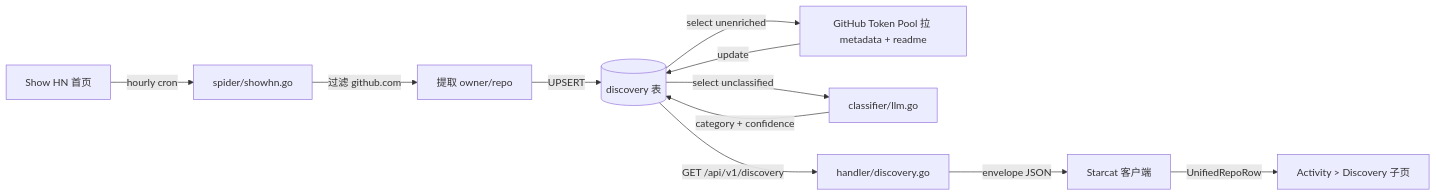
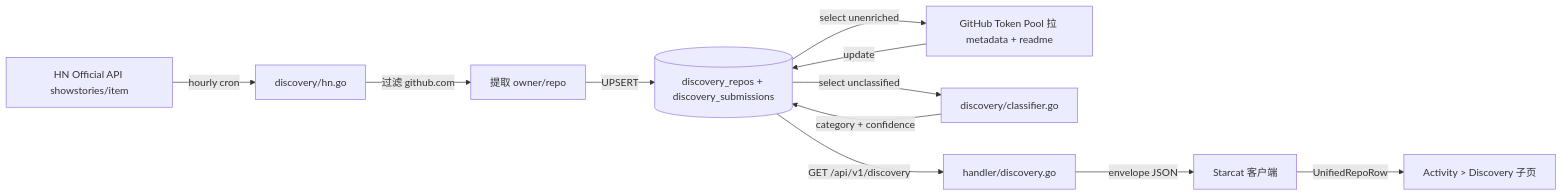
Before and after one commit to starcat-app/Starcat: the diagram in docs/详细设计/21-AI-Discovery-Show-HN-设计.md, drawn with Mermaid. The commit also changed other lines of this file and 1 other file, not shown here.

First line of the commit message:
docs: 更新 AI Discovery 设计文档与工程进度记录

````diff
--- a/docs/详细设计/21-AI-Discovery-Show-HN-设计.md
+++ b/docs/详细设计/21-AI-Discovery-Show-HN-设计.md
@@ -66,13 +69,13 @@
 ```mermaid
 flowchart LR
-    HN[Show HN 首页] -->|hourly cron| Spider[spider/showhn.go]
-    Spider -->|过滤 github.com| Filter[提取 owner/repo]
-    Filter -->|UPSERT| DB[(discovery 表)]
+    HN[HN Official API showstories/item] -->|hourly cron| Collector[discovery/hn.go]
+    Collector -->|过滤 github.com| Filter[提取 owner/repo]
+    Filter -->|UPSERT| DB[(discovery_repos + discovery_submissions)]
     DB -->|select unenriched| Enricher[GitHub Token Pool 拉 metadata + readme]
     Enricher -->|update| DB
-    DB -->|select unclassified| Classifier[classifier/llm.go]
+    DB -->|select unclassified| Classifier[discovery/classifier.go]
     Classifier -->|category + confidence| DB
     DB -->|GET /api/v1/discovery| Handler[handler/discovery.go]
     Handler -->|envelope JSON| Client[Starcat 客户端]
     Client -->|UnifiedRepoRow| ActivityUI[Activity > Discovery 子页]
 ```
````
